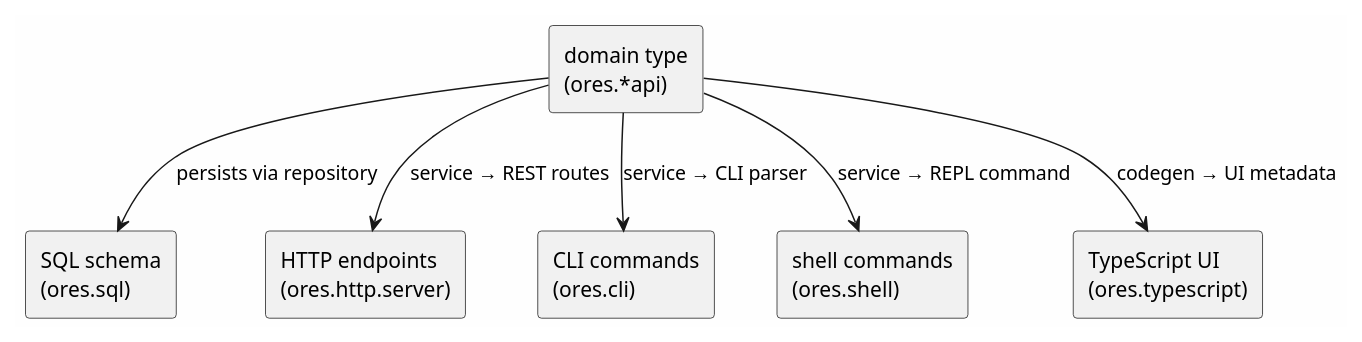
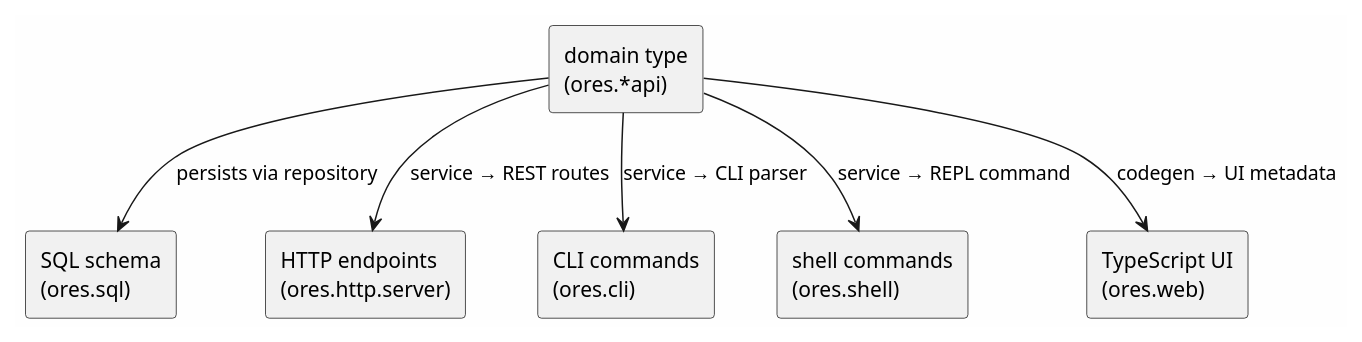
Before and after one commit to OreStudio/OreStudio: the diagram in projects/modeling/entity_lifecycle.org, drawn with PlantUML. The commit also changed other lines of this file and 218 other files, not shown here.

First line of the commit message:
[codegen] Emit the TypeScript into projects/ores.web

```diff
--- a/projects/modeling/entity_lifecycle.org
+++ b/projects/modeling/entity_lifecycle.org
@@ -28,19 +28,19 @@
 #+begin_src plantuml :file entity_lifecycle.png
 @startuml
 skinparam backgroundColor #FEFEFE
 skinparam componentStyle rectangle
 
 [domain type\n(ores.*api)] as D
 [SQL schema\n(ores.sql)] as S
 [HTTP endpoints\n(ores.http.server)] as H
 [CLI commands\n(ores.cli)] as C
 [shell commands\n(ores.shell)] as SH
-[TypeScript UI\n(ores.typescript)] as T
+[TypeScript UI\n(ores.web)] as T
 
 D --> S  : persists via repository
 D --> H  : service → REST routes
 D --> C  : service → CLI parser
 D --> SH : service → REPL command
 D --> T  : codegen → UI metadata
 @enduml
 #+end_src
```
